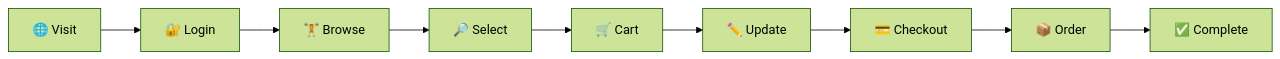
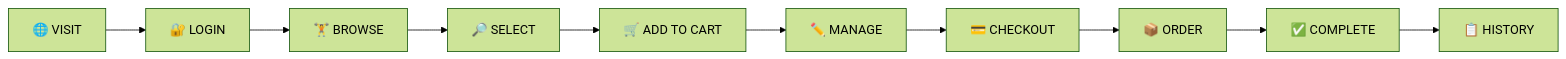
One commit to Ahamed369/HealthForge-Fitness-Web-Application changed the third of 10 diagrams in README.md. Above: the diagram before and after it, drawn with Mermaid (forest theme). The commit also changed other lines of this file, not shown here.

````diff
--- a/README.md
+++ b/README.md
@@ -189,12 +356,16 @@
 ```mermaid
 flowchart LR
 
-    A["🌐 Visit"] --> B["🔐 Login"]
-    B --> C["🏋️ Browse"]
-    C --> D["🔎 Select"]
-    D --> E["🛒 Cart"]
-    E --> F["✏️ Update"]
-    F --> G["💳 Checkout"]
-    G --> H["📦 Order"]
-    H --> I["✅ Complete"]
+    A["🌐 VISIT"]
+    B["🔐 LOGIN"]
+    C["🏋️ BROWSE"]
+    D["🔎 SELECT"]
+    E["🛒 ADD TO CART"]
+    F["✏️ MANAGE"]
+    G["💳 CHECKOUT"]
+    H["📦 ORDER"]
+    I["✅ COMPLETE"]
+    J["📋 HISTORY"]
+
+    A --> B --> C --> D --> E --> F --> G --> H --> I --> J
 ```
````
